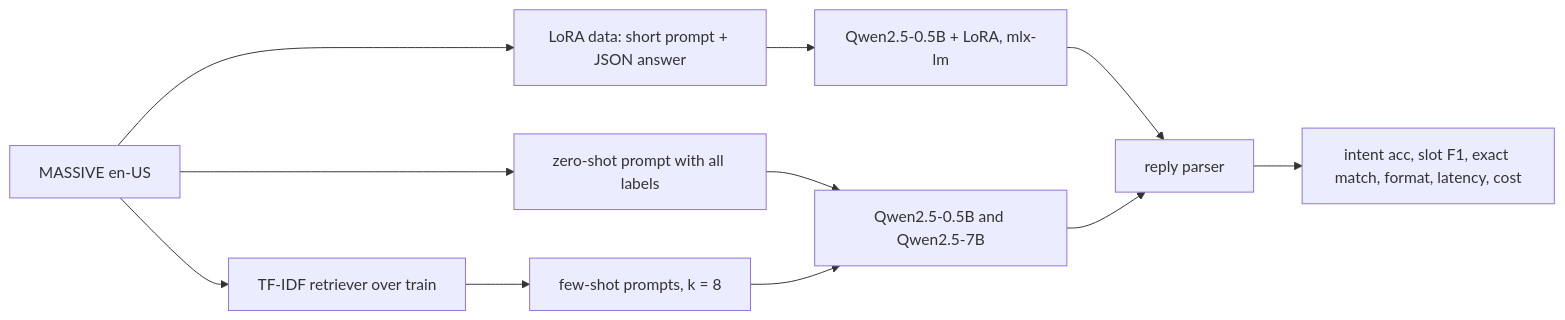
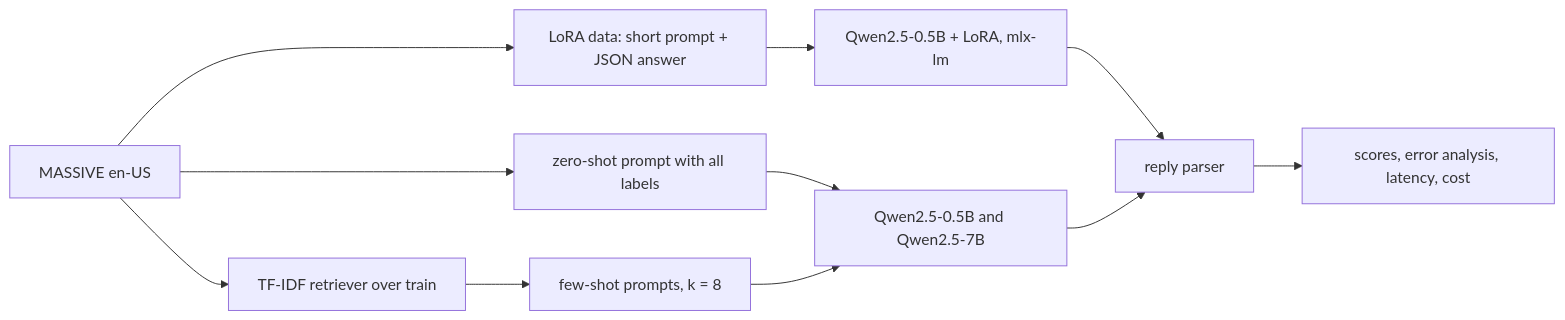
Before and after one commit to haroonkhan02/llm-finetune-vs-prompt: the diagram in README.md, drawn with Mermaid. The commit also changed other lines of this file, not shown here.

Commit message:
Finish README with error analysis, fused speed and cost

````diff
--- a/README.md
+++ b/README.md
@@ -68,10 +28,10 @@
 ```mermaid
 flowchart LR
     D[MASSIVE en-US] --> R[TF-IDF retriever over train]
     D --> S[LoRA data: short prompt + JSON answer]
     S --> L[Qwen2.5-0.5B + LoRA, mlx-lm]
     R --> F[few-shot prompts, k = 8]
     D --> Z[zero-shot prompt with all labels]
     Z & F --> Q[Qwen2.5-0.5B and Qwen2.5-7B]
-    L & Q --> P[reply parser] --> M[intent acc, slot F1, exact match, format, latency, cost]
+    L & Q --> P[reply parser] --> M[scores, error analysis, latency, cost]
 ```
````
